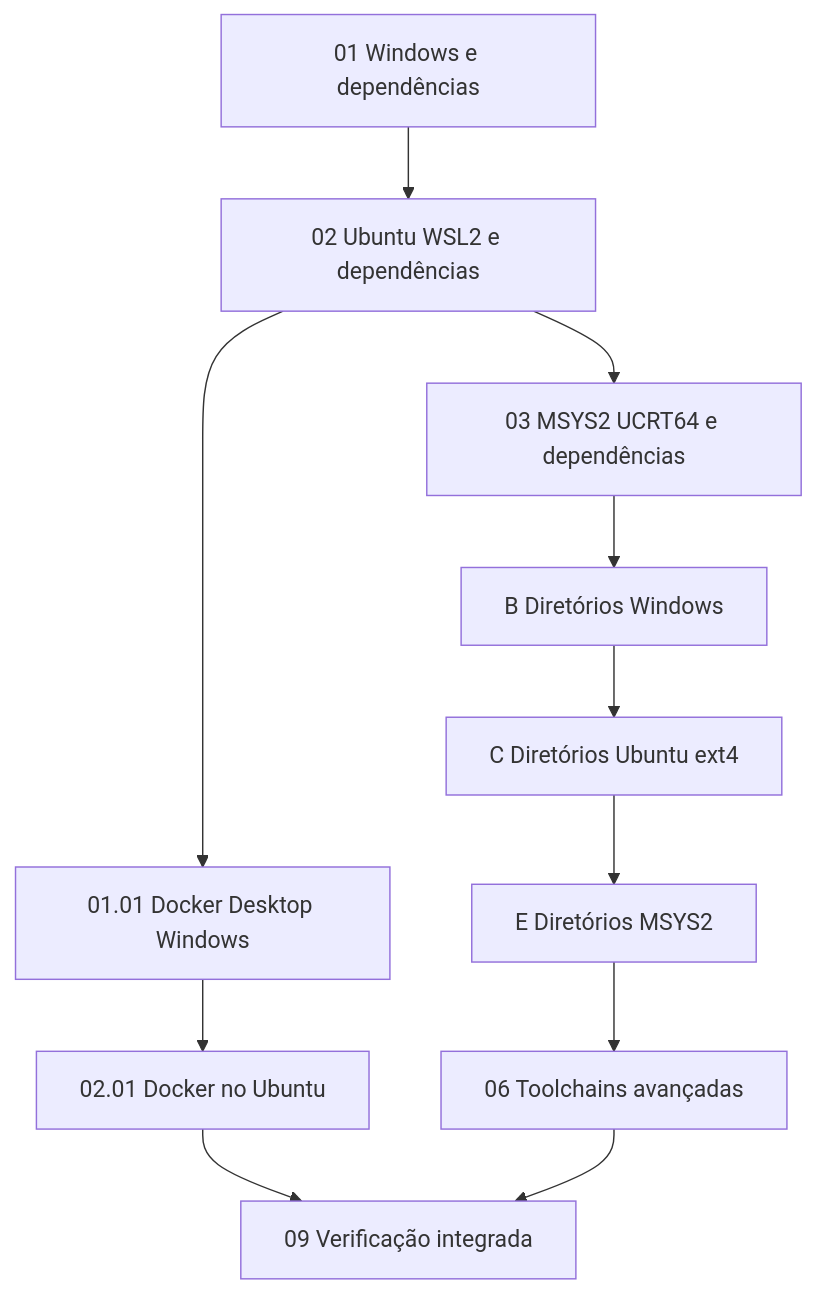
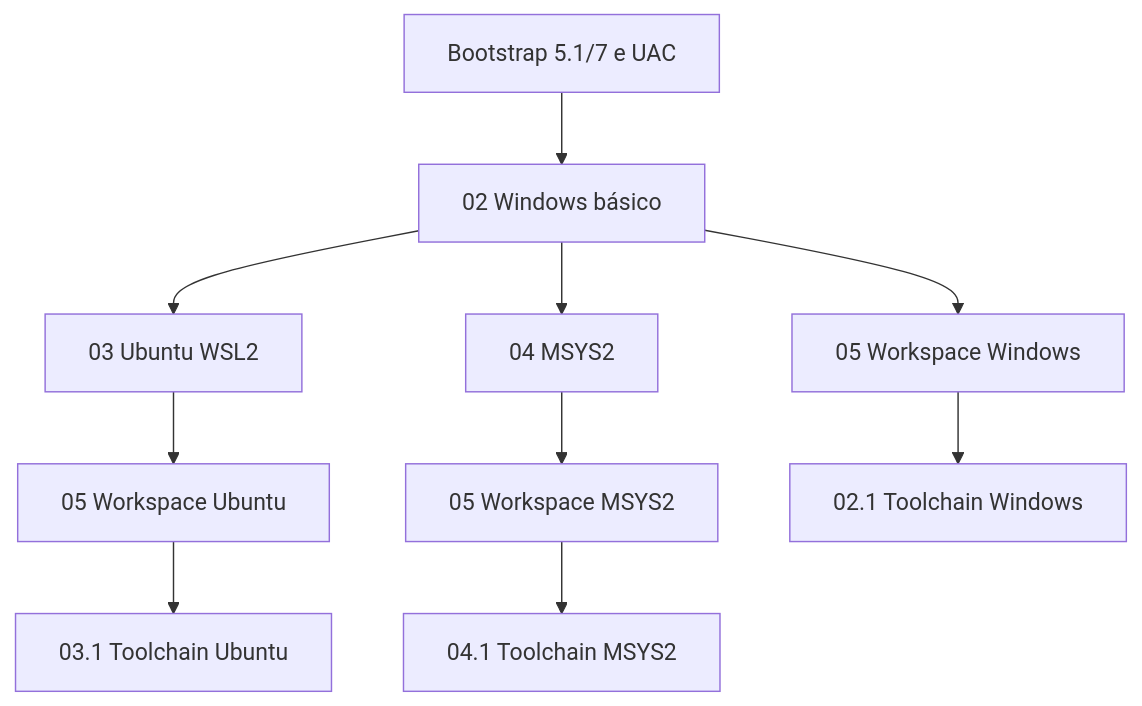
Before and after one commit to ds1david/ds1dev-setup-utility: the diagram in docs/01-indice.md, drawn with Mermaid. The commit also changed other lines of this file and 14 other files, not shown here.

Commit message:
feat: bootstrap PS7 with consent and document delivery roadmap

````diff
--- a/docs/01-indice.md
+++ b/docs/01-indice.md
@@ -42,13 +45,12 @@
 ```mermaid
 flowchart TD
- W[01 Windows e dependências] --> U[02 Ubuntu WSL2 e dependências]
- U --> M[03 MSYS2 UCRT64 e dependências]
- M --> B[B Diretórios Windows]
- B --> C[C Diretórios Ubuntu ext4]
- C --> E[E Diretórios MSYS2]
- U --> DW[01.01 Docker Desktop Windows]
- DW --> DU[02.01 Docker no Ubuntu]
- E --> T[06 Toolchains avançadas]
- DU --> V[09 Verificação integrada]
- T --> V
+ B["Bootstrap 5.1/7 e UAC"] --> W["02 Windows básico"]
+ W --> U["03 Ubuntu WSL2"]
+ W --> M["04 MSYS2"]
+ W --> PW["05 Workspace Windows"]
+ U --> PU["05 Workspace Ubuntu"]
+ M --> PM["05 Workspace MSYS2"]
+ PW --> TW["02.1 Toolchain Windows"]
+ PU --> TU["03.1 Toolchain Ubuntu"]
+ PM --> TM["04.1 Toolchain MSYS2"]
 ```
````
